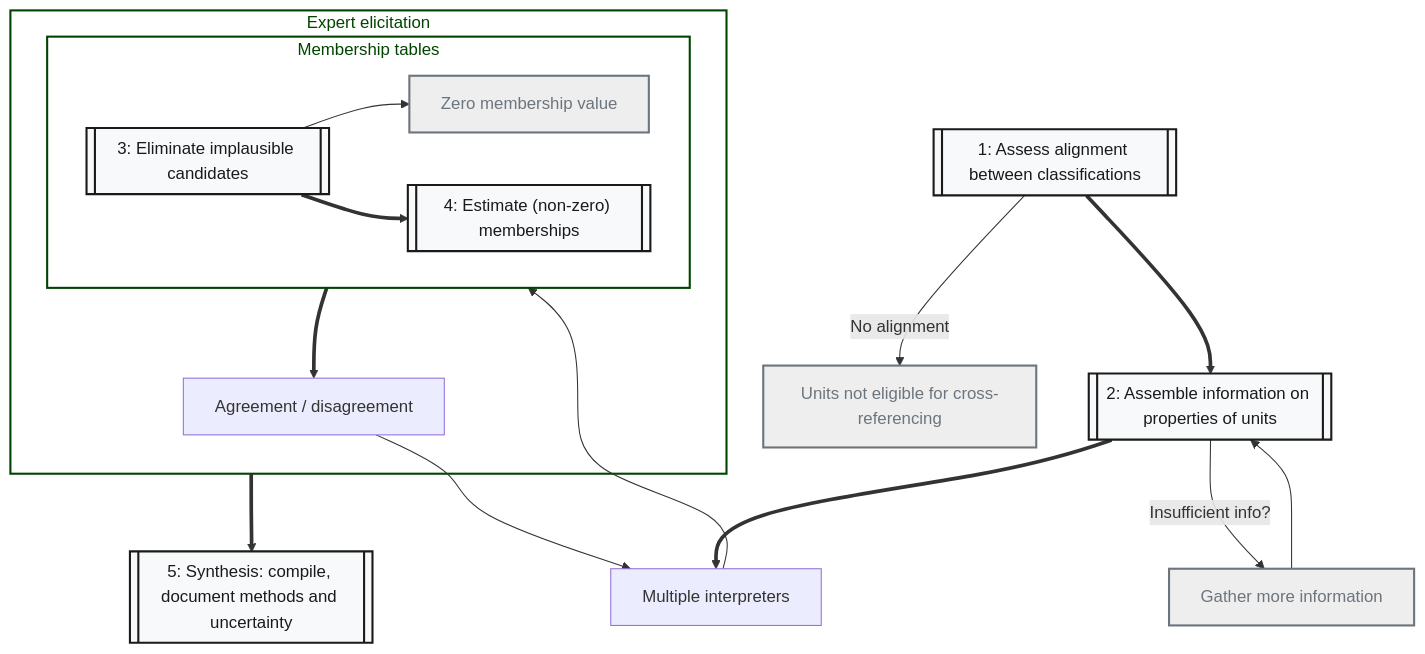
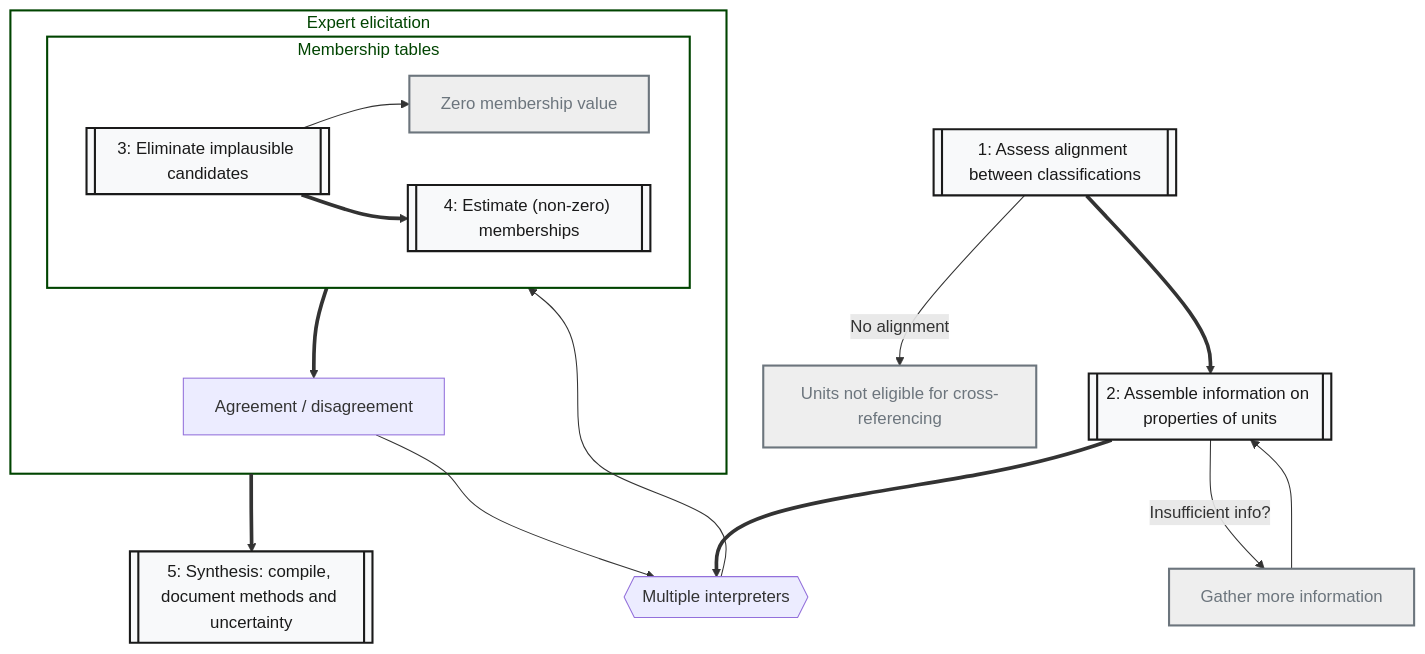
Before and after one commit to Ecosystem-Indicators-Workflows/TASVEG-XREF: the diagram in fig/stepwise-xref.mmd, drawn with Mermaid. The commit also changed 21 other files, not shown here.

```diff
--- a/fig/stepwise-xref.mmd
+++ b/fig/stepwise-xref.mmd
@@ -1,29 +1,29 @@
 flowchart TB
     subgraph ROUNDS ["Expert elicitation"]
         AGREE["Agreement / disagreement"]
         MEMB ==> AGREE
         subgraph MEMB ["Membership tables"]
          STEP3[["3: Eliminate implausible candidates"]]:::MainSteps
          STEP4[["4: Estimate (non-zero) memberships"]]:::MainSteps
          ZERO["Zero membership value"]:::OutSteps
          STEP3 --> ZERO
          STEP3 ==> STEP4 
         end
     end
-    INTERP["Multiple interpreters"]
+    INTERP{{"Multiple interpreters"}}
     INTERP --> MEMB
     AGREE --> INTERP
     STEP1[["1: Assess alignment between classifications"]]:::MainSteps
     STEP2[["2: Assemble information on properties of units"]]:::MainSteps
     STEP5[["5: Synthesis: compile, document methods and uncertainty"]]:::MainSteps
     
     STEP1 -->|No alignment| NO["Units not eligible for cross-referencing "]:::OutSteps
     STEP2 -->|Insufficient info?| RE["Gather more information"]:::OutSteps -->STEP2
     STEP1 ==> STEP2 ==> INTERP
     ROUNDS ==> STEP5
     
     ROUNDS:::Grp
     MEMB:::Grp
     classDef MainSteps fill:#f8f9fa,stroke:#1A1A1A,color:#1A1A1A, stroke-width:2px
     classDef OutSteps fill:#eee,stroke:#6C757D,color:#6C757D, stroke-width:2px
     classDef Grp fill:#fff,stroke:#040,color:#040, stroke-width:2px
```
